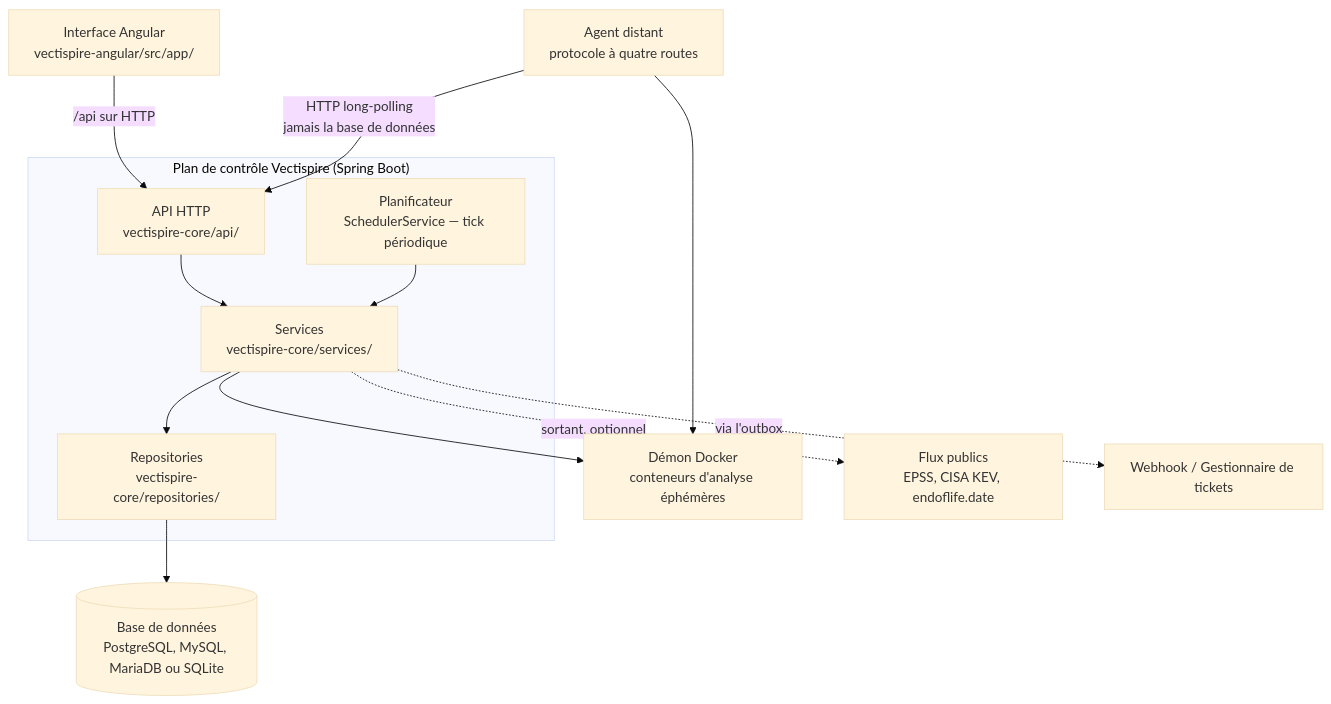
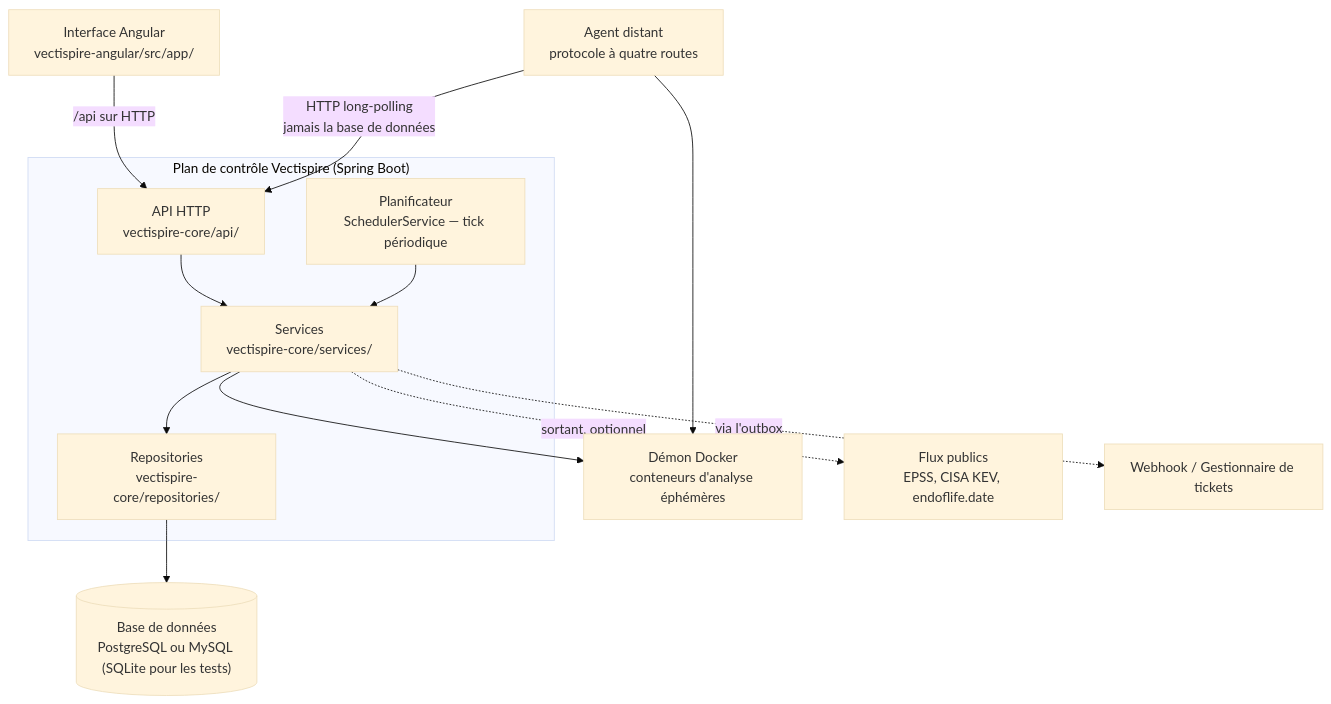
One commit to asmolabs/vectispire changed the first of 2 diagrams in docs/architecture/fr/01-overview.md. Above: the diagram before and after it, drawn with Mermaid (base theme). The commit also changed 59 other files, not shown here.

````diff
--- a/docs/architecture/fr/01-overview.md
+++ b/docs/architecture/fr/01-overview.md
@@ -21,27 +21,27 @@
 ```mermaid
 flowchart TB
     subgraph proc["Plan de contrôle Vectispire (Spring Boot)"]
         API["API HTTP<br/>vectispire-core/api/"]
         SVC["Services<br/>vectispire-core/services/"]
         REPO["Repositories<br/>vectispire-core/repositories/"]
         SCHED["Planificateur<br/>SchedulerService — tick périodique"]
     end
 
     UI["Interface Angular<br/>vectispire-angular/src/app/"]
-    DB[("Base de données<br/>PostgreSQL, MySQL, MariaDB ou SQLite")]
+    DB[("Base de données<br/>PostgreSQL ou MySQL (SQLite pour les tests)")]
     DOCKER["Démon Docker<br/>conteneurs d'analyse éphémères"]
     AGENT["Agent distant<br/>protocole à quatre routes"]
     FEEDS["Flux publics<br/>EPSS, CISA KEV, endoflife.date"]
     HOOK["Webhook / Gestionnaire de tickets"]
 
     UI -->|"/api sur HTTP"| API
     API --> SVC
     SCHED --> SVC
     SVC --> REPO
     REPO --> DB
     SVC --> DOCKER
     SVC -.->|"sortant, optionnel"| FEEDS
     SVC -.->|"via l'outbox"| HOOK
     AGENT -->|"HTTP long-polling<br/>jamais la base de données"| API
     AGENT --> DOCKER
 ```
````
